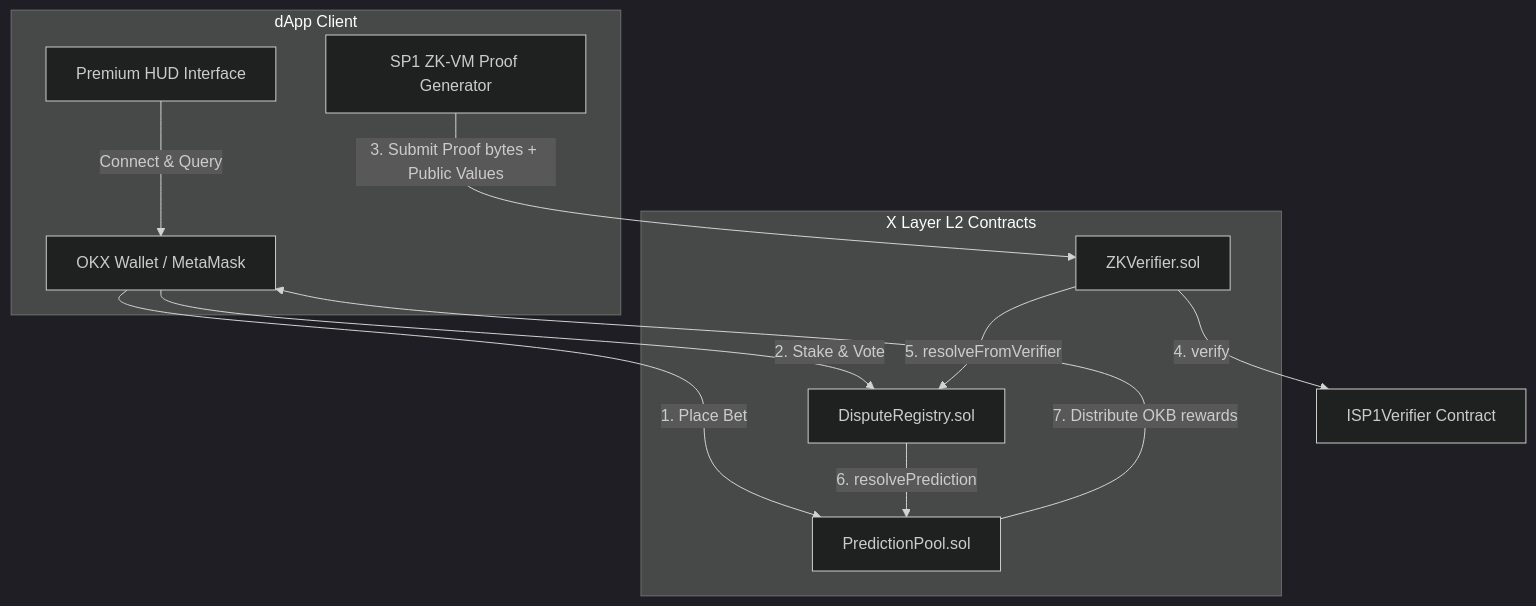
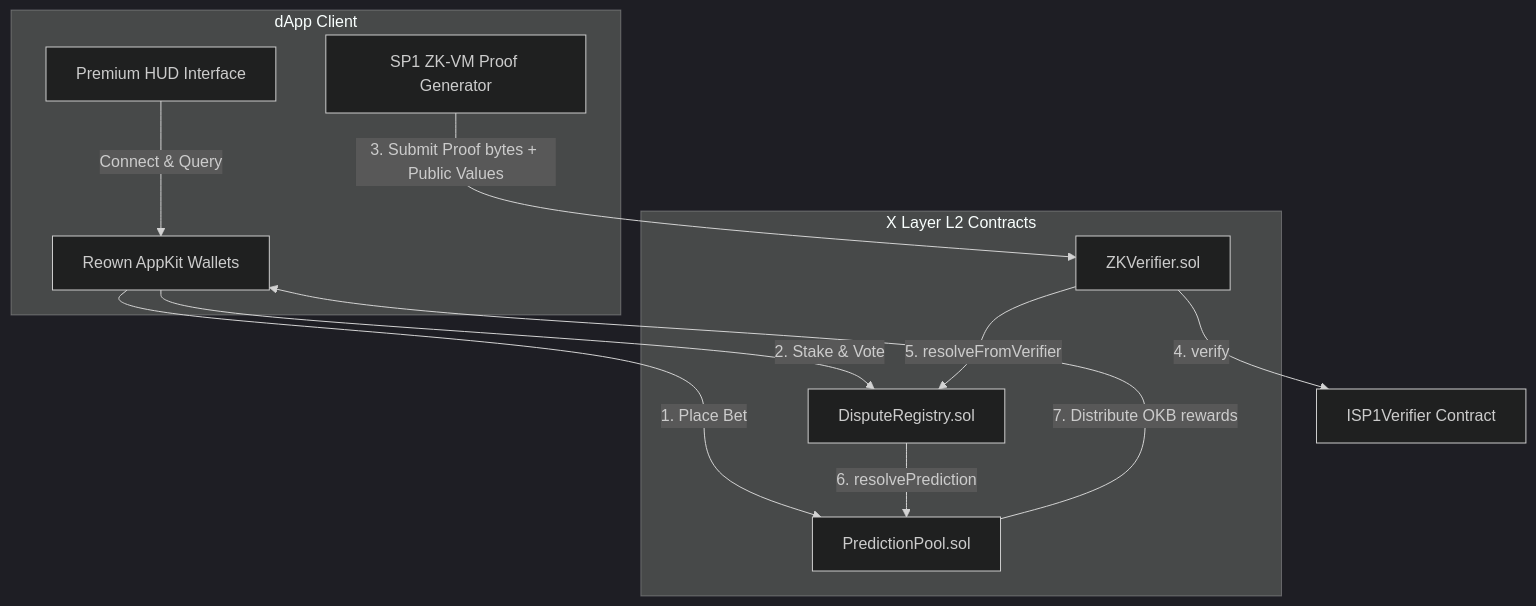
Before and after one commit to Datwebguy/zk-var: the diagram in README.md, drawn with Mermaid (dark theme). The commit also changed other lines of this file and 13 other files, not shown here.

Commit message:
Add Reown multi-wallet transaction flow

````diff
--- a/README.md
+++ b/README.md
@@ -33,23 +33,23 @@
 ```mermaid
 flowchart TD
     subgraph Frontend [dApp Client]
         UI[Premium HUD Interface]
-        Wallet[OKX Wallet / MetaMask]
+        Wallet[Reown AppKit Wallets]
         ZKP[SP1 ZK-VM Proof Generator]
     end
 
     subgraph Contracts [X Layer L2 Contracts]
         Pools[PredictionPool.sol]
         Disputes[DisputeRegistry.sol]
         Verifier[ZKVerifier.sol]
     end
 
     UI -->|Connect & Query| Wallet
     Wallet -->|1. Place Bet| Pools
     Wallet -->|2. Stake & Vote| Disputes
     ZKP -->|3. Submit Proof bytes + Public Values| Verifier
     Verifier -->|4. verify| SP1[ISP1Verifier Contract]
     Verifier -->|5. resolveFromVerifier| Disputes
     Disputes -->|6. resolvePrediction| Pools
     Pools -->|7. Distribute OKB rewards| Wallet
 ```
````
